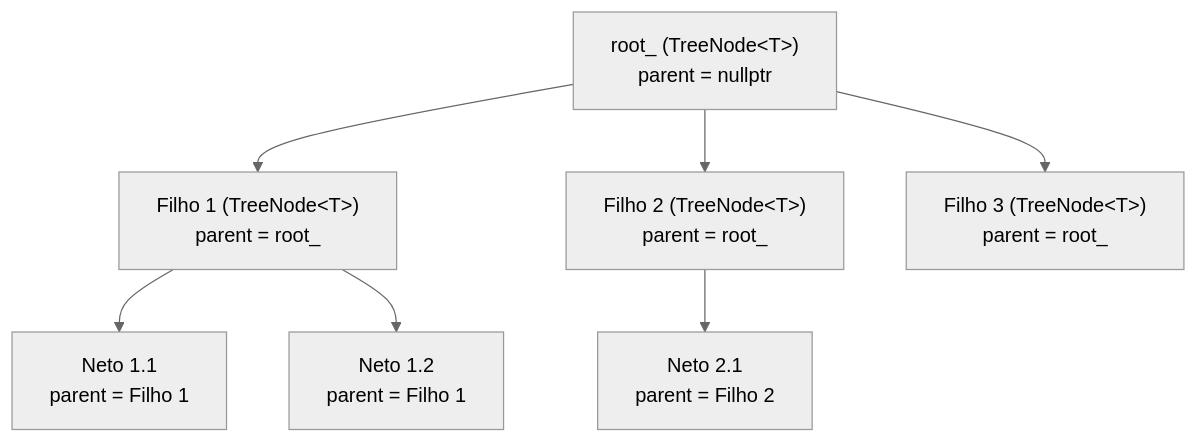
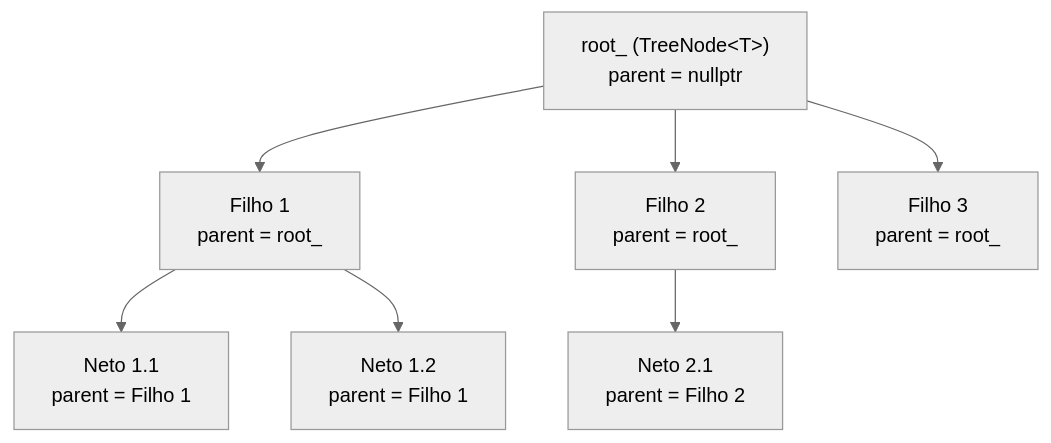
Before and after one commit to Iago3457/OpenTTRPG: the fourth of 5 diagrams in docs/architecture.md, drawn with Mermaid (neutral theme). The commit also changed other lines of this file and 6 other files, not shown here.

````diff
--- a/docs/architecture.md
+++ b/docs/architecture.md
@@ -115,9 +116,9 @@
 ```mermaid
 flowchart TD
-    Root["root_ (TreeNode&lt;T&gt;)\nparent = nullptr"] --> C1["Filho 1 (TreeNode&lt;T&gt;)\nparent = root_"]
-    Root --> C2["Filho 2 (TreeNode&lt;T&gt;)\nparent = root_"]
-    Root --> C3["Filho 3 (TreeNode&lt;T&gt;)\nparent = root_"]
+    Root["root_ (TreeNode&lt;T&gt;)\nparent = nullptr"] --> C1["Filho 1\nparent = root_"]
+    Root --> C2["Filho 2\nparent = root_"]
+    Root --> C3["Filho 3\nparent = root_"]
     C1 --> GC1["Neto 1.1\nparent = Filho 1"]
     C1 --> GC2["Neto 1.2\nparent = Filho 1"]
     C2 --> GC3["Neto 2.1\nparent = Filho 2"]
 ```
````
